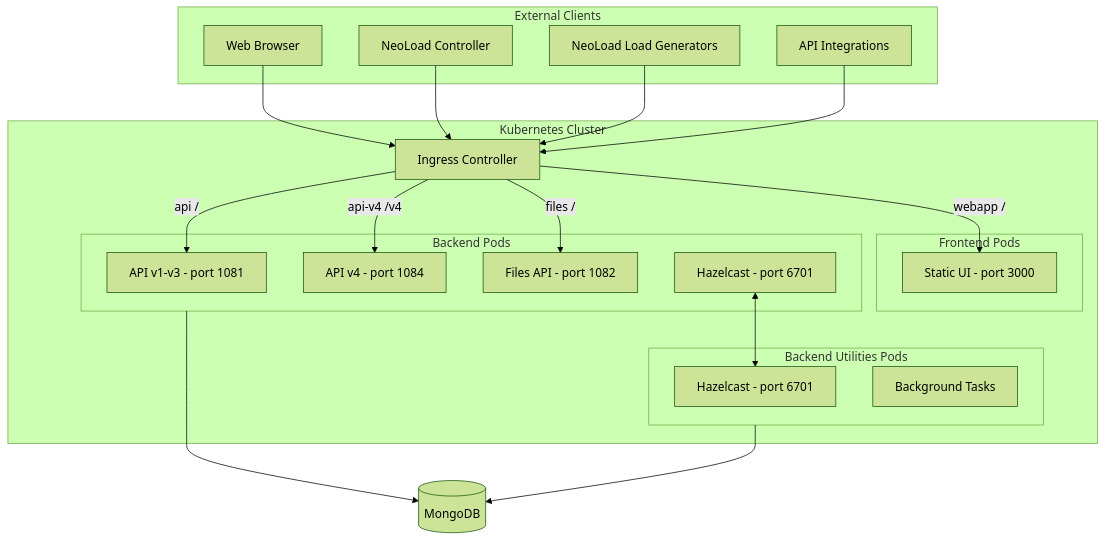
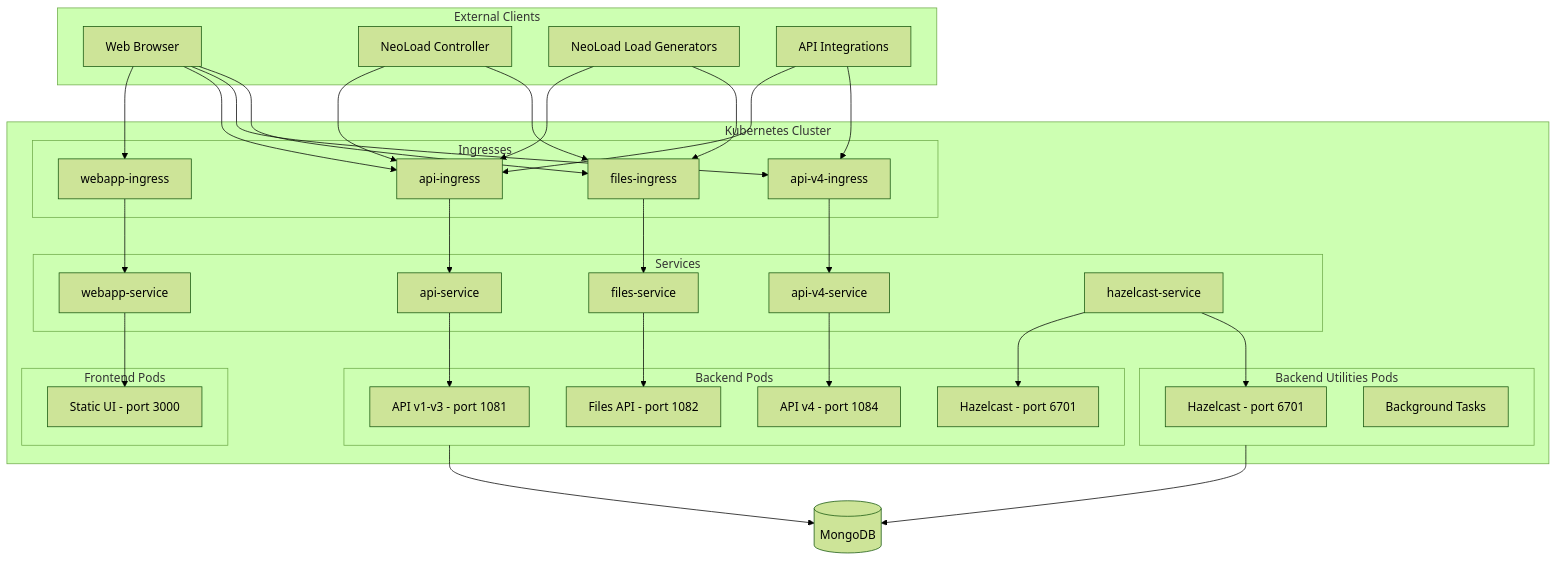
Before and after one commit to Neotys-Labs/helm-neoload-web: the diagram in README.md, drawn with Mermaid (forest theme).

Commit message:
Update architecture diagram

````diff
--- a/README.md
+++ b/README.md
@@ -202,46 +202,70 @@
 ```mermaid
 flowchart TB
     subgraph clients [External Clients]
         browser[Web Browser]
         controller[NeoLoad Controller]
         lg[NeoLoad Load Generators]
         apiclients[API Integrations]
     end
 
     subgraph k8s [Kubernetes Cluster]
-        ingress[Ingress Controller]
-        
+        subgraph ingresses [Ingresses]
+            ing_webapp[webapp-ingress]
+            ing_api[api-ingress]
+            ing_apiv4[api-v4-ingress]
+            ing_files[files-ingress]
+        end
+
+        subgraph services [Services]
+            svc_webapp[webapp-service]
+            svc_api[api-service]
+            svc_apiv4[api-v4-service]
+            svc_files[files-service]
+            svc_hazelcast[hazelcast-service]
+        end
+
         subgraph frontend [Frontend Pods]
             fe[Static UI - port 3000]
         end
 
         subgraph backend [Backend Pods]
             api[API v1-v3 - port 1081]
             apiv4[API v4 - port 1084]
             files[Files API - port 1082]
             hz1[Hazelcast - port 6701]
         end
 
         subgraph backendutil [Backend Utilities Pods]
             hz2[Hazelcast - port 6701]
             tasks[Background Tasks]
         end
     end
 
     mongo[(MongoDB)]
 
-    browser --> ingress
-    controller --> ingress
-    lg --> ingress
-    apiclients --> ingress
+    browser --> ing_webapp
+    browser --> ing_api
+    browser --> ing_apiv4
+    browser --> ing_files
+    controller --> ing_api
+    controller --> ing_files
+    lg --> ing_api
+    lg --> ing_files
+    apiclients --> ing_api
+    apiclients --> ing_apiv4
 
-    ingress -->|webapp /| fe
-    ingress -->|api /| api
-    ingress -->|api-v4 /v4| apiv4
-    ingress -->|files /| files
+    ing_webapp --> svc_webapp
+    ing_api --> svc_api
+    ing_apiv4 --> svc_apiv4
+    ing_files --> svc_files
 
-    hz1 <--> hz2
+    svc_webapp --> fe
+    svc_api --> api
+    svc_apiv4 --> apiv4
+    svc_files --> files
+    svc_hazelcast --> hz1
+    svc_hazelcast --> hz2
 
     backend --> mongo
     backendutil --> mongo
 ```
````
